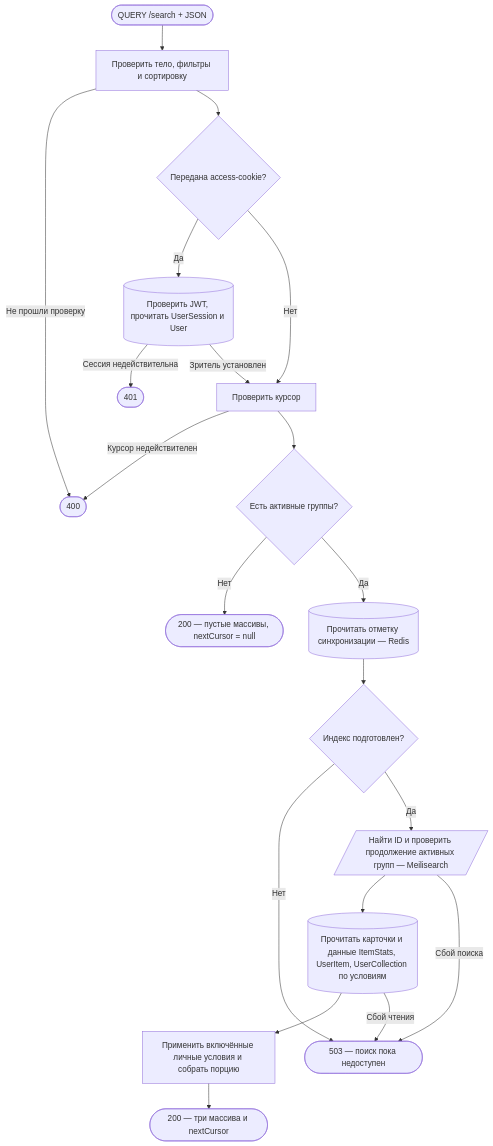
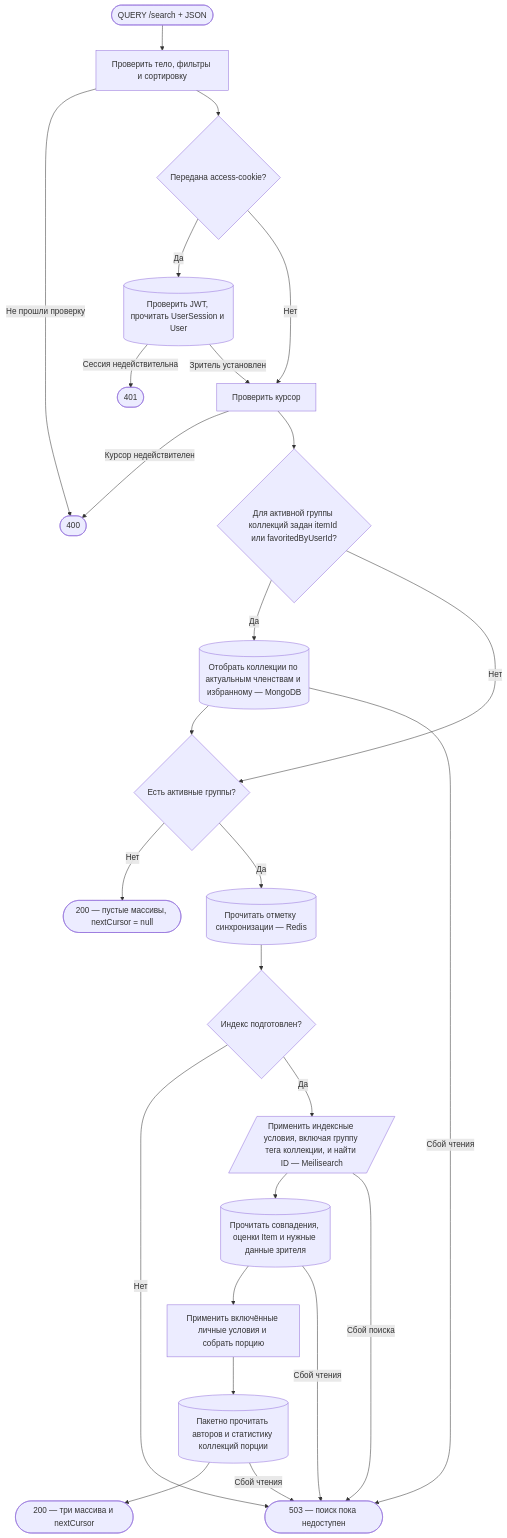
Before and after one commit to AmyGrooove/f95-tinder: the seventh of 8 diagrams in apps/api/public/docs/api/requestFlows/catalog.md, drawn with Mermaid. The commit also changed other lines of this file and 135 other files, not shown here.

````diff
--- a/apps/api/public/docs/api/requestFlows/catalog.md
+++ b/apps/api/public/docs/api/requestFlows/catalog.md
@@ -211,24 +340,30 @@
 ```mermaid
 flowchart TD
     accTitle: Общий поиск по сайту
-    accDescr: Проверить запрос, зрителя и курсор, найти совпадения и получить карточки с оценками и статусом зрителя
+    accDescr: Проверить запрос, зрителя и курсор, найти совпадения, применить личные фильтры и получить карточки
     A(["QUERY /search + JSON"]):::http --> B["Проверить тело, фильтры и сортировку"]:::action
     B -->|Не прошли проверку| Bad(["400"]):::http
     B --> V{"Передана access-cookie?"}:::action
     V -->|Да| S[("Проверить JWT, прочитать UserSession и User")]:::data
     S -->|Сессия недействительна| U(["401"]):::http
     S -->|Зритель установлен| K["Проверить курсор"]:::action
     V -->|Нет| K
     K -->|Курсор недействителен| Bad
-    K --> C{"Есть активные группы?"}:::action
+    K --> M{"Для активной группы коллекций задан itemId или favoritedByUserId?"}:::action
+    M -->|Да| N[("Отобрать коллекции по актуальным членствам и избранному — MongoDB")]:::data
+    N --> C{"Есть активные группы?"}:::action
+    M -->|Нет| C
+    N -->|Сбой чтения| F
     C -->|Нет| J(["200 — пустые массивы, nextCursor = null"]):::http
     C -->|Да| D[("Прочитать отметку синхронизации — Redis")]:::data
     D --> E{"Индекс подготовлен?"}:::action
     E -->|Нет| F(["503 — поиск пока недоступен"]):::http
-    E -->|Да| G[/"Найти ID и проверить продолжение активных групп — Meilisearch"/]:::external
-    G --> H[("Прочитать карточки и данные ItemStats, UserItem, UserCollection по условиям")]:::data
+    E -->|Да| G[/"Применить индексные условия, включая группу тега коллекции, и найти ID — Meilisearch"/]:::external
+    G --> H[("Прочитать совпадения, оценки Item и нужные данные зрителя")]:::data
     H --> P["Применить включённые личные условия и собрать порцию"]:::action
-    P --> I(["200 — три массива и nextCursor"]):::http
+    P --> T[("Пакетно прочитать авторов и статистику коллекций порции")]:::data
+    T --> I(["200 — три массива и nextCursor"]):::http
     G -->|Сбой поиска| F
     H -->|Сбой чтения| F
+    T -->|Сбой чтения| F
 ```
````
